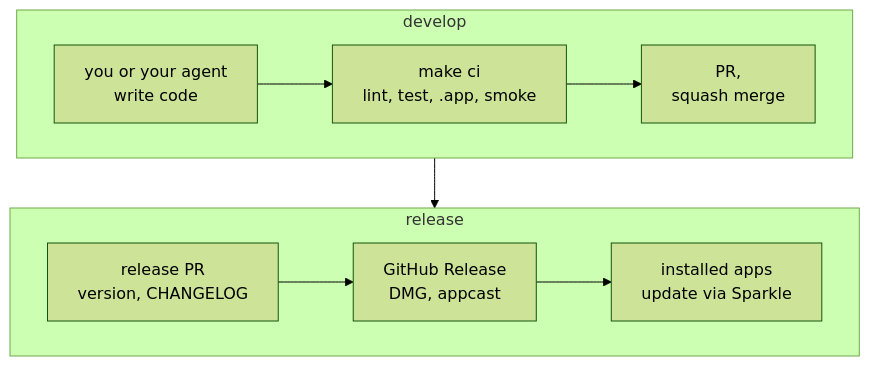
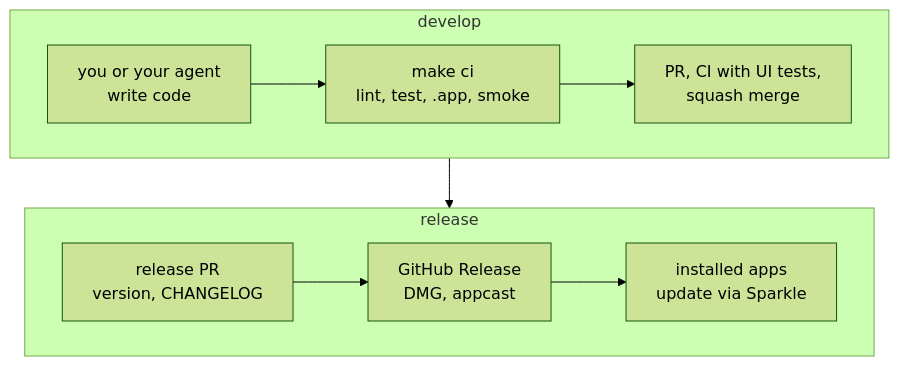
Before and after one commit to chengzi-io/macos-swiftui-spm-template: the first of 2 diagrams in README.md, drawn with Mermaid (forest theme). The commit also changed other lines of this file and 6 other files, not shown here.

````diff
--- a/README.md
+++ b/README.md
@@ -8,12 +8,12 @@
 ```mermaid
 flowchart TB
     subgraph develop["develop"]
         direction LR
-        code["you or your agent<br/>write code"] --> ci["make ci<br/>lint, test, .app, smoke"] --> pr["PR,<br/>squash merge"]
+        code["you or your agent<br/>write code"] --> ci["make ci<br/>lint, test, .app, smoke"] --> pr["PR, CI with UI tests,<br/>squash merge"]
     end
     subgraph release["release"]
         direction LR
         rel["release PR<br/>version, CHANGELOG"] --> gh["GitHub Release<br/>DMG, appcast"] --> users["installed apps<br/>update via Sparkle"]
     end
     develop --> release
 ```
````
